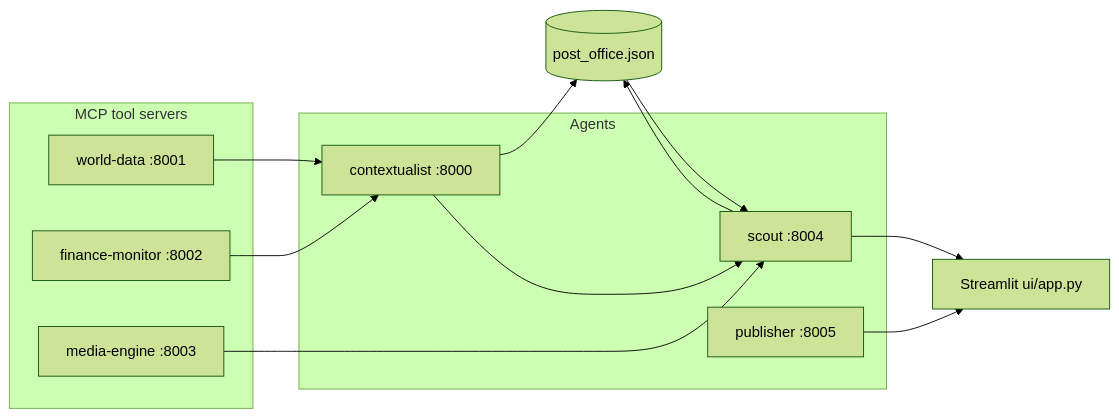
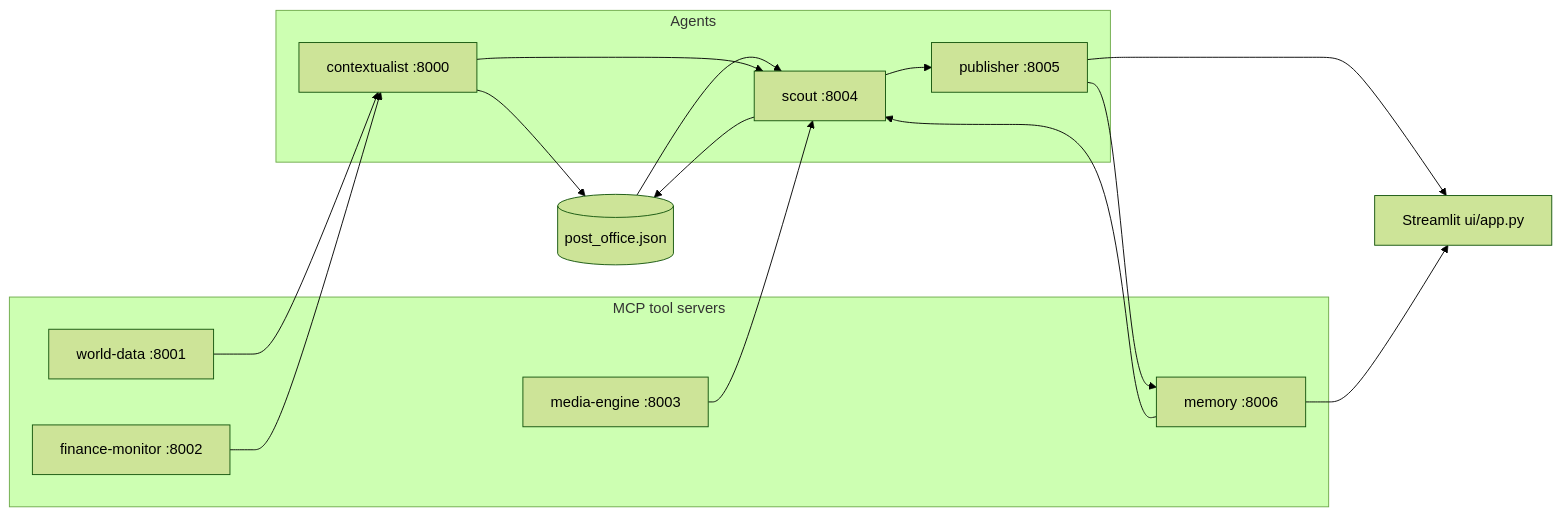
One commit to Keerthan22-sys/multi-agent-system-a2a-mcp changed the diagram in README.md. Above: the diagram before and after it, drawn with Mermaid (forest theme). The commit also changed other lines of this file, not shown here.

````diff
--- a/README.md
+++ b/README.md
@@ -7,24 +7,28 @@
 ```mermaid
 flowchart LR
   subgraph tools [MCP tool servers]
     WD[world-data :8001]
     FM[finance-monitor :8002]
     ME[media-engine :8003]
+    MEM[memory :8006]
   end
   subgraph agents [Agents]
     CTX[contextualist :8000]
     SC[scout :8004]
     PUB[publisher :8005]
   end
   UI[Streamlit ui/app.py]
   PO[(post_office.json)]
   WD --> CTX
   FM --> CTX
   CTX --> PO
   PO --> SC
   CTX --> SC
   ME --> SC
+  MEM --> SC
   SC --> PO
-  SC --> UI
+  SC --> PUB
+  PUB --> MEM
   PUB --> UI
+  MEM --> UI
 ```
````
